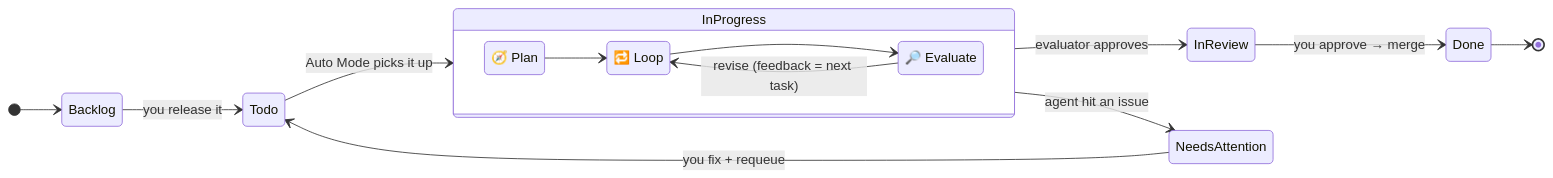
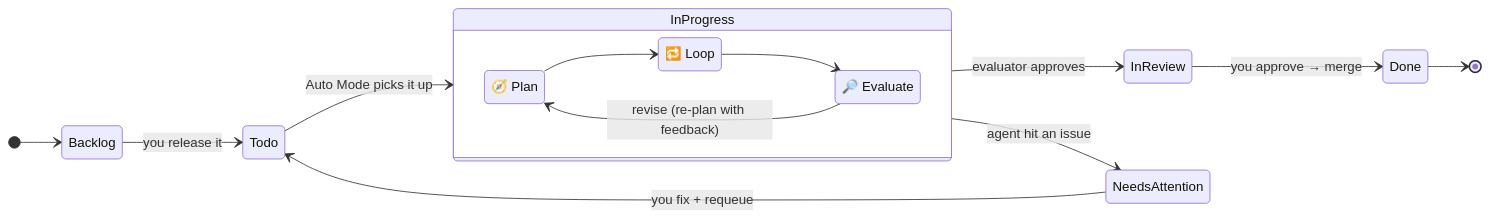
One commit to lhansen-dev/radulf changed the second of 3 diagrams in README.md. Above: the diagram before and after it, drawn with Mermaid. The commit also changed other lines of this file and 473 other files, not shown here.

````diff
--- a/README.md
+++ b/README.md
@@ -256,23 +265,23 @@
 ```mermaid
 stateDiagram-v2
     direction LR
     [*] --> Backlog
     Backlog --> Todo: you release it
     Todo --> InProgress: Auto Mode picks it up
 
     state InProgress {
         direction LR
         Plan: 🧭 Plan
         Loop: 🔁 Loop
         Eval: 🔎 Evaluate
         Plan --> Loop
         Loop --> Eval
-        Eval --> Loop: revise (feedback = next task)
+        Eval --> Plan: revise (re-plan with feedback)
     }
 
     InProgress --> InReview: evaluator approves
     InProgress --> NeedsAttention: agent hit an issue
     NeedsAttention --> Todo: you fix + requeue
     InReview --> Done: you approve → merge
     Done --> [*]
 ```
````
